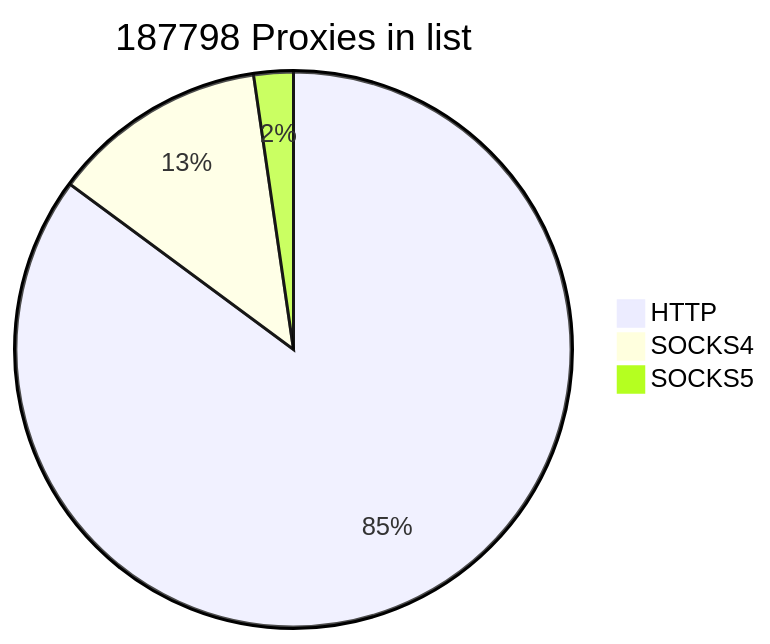
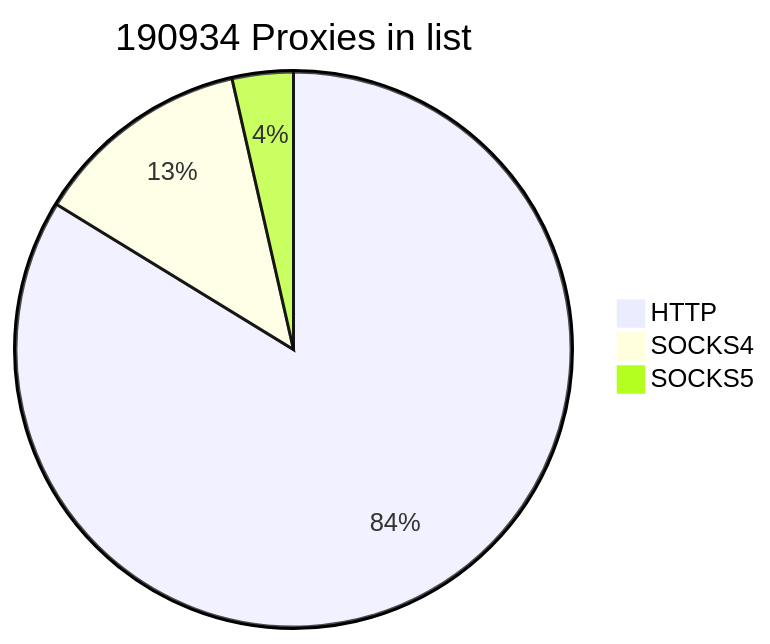
The first of 2 diagrams in README.md (cutipu/proxylist), drawn with Mermaid before and after one commit. The commit also changed other lines of this file, not shown here.

````diff
--- a/README.md
+++ b/README.md
@@ -2,7 +2,7 @@
 ```mermaid
-pie title 187798 Proxies in list
-    "HTTP" : 159882
-    "SOCKS4" : 23595
-    "SOCKS5" : 4321
+pie title 190934 Proxies in list
+    "HTTP" : 159907
+    "SOCKS4" : 24240
+    "SOCKS5" : 6787
             
 ```
````
